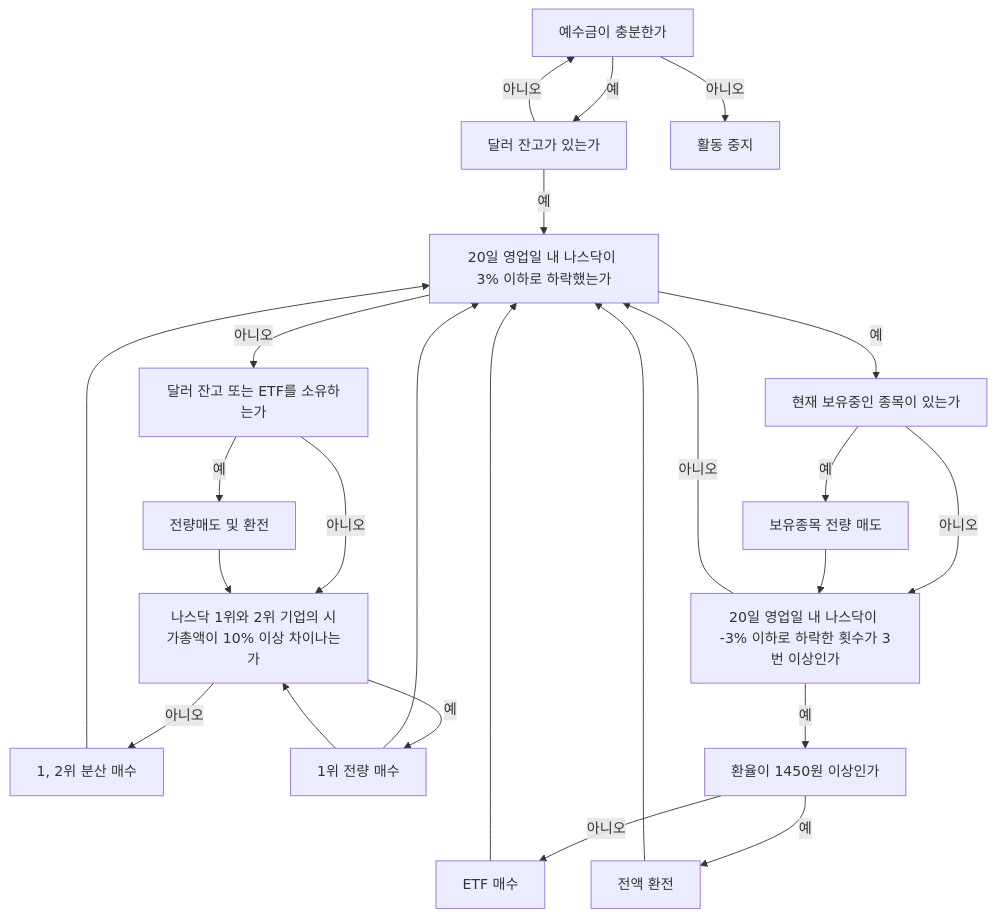
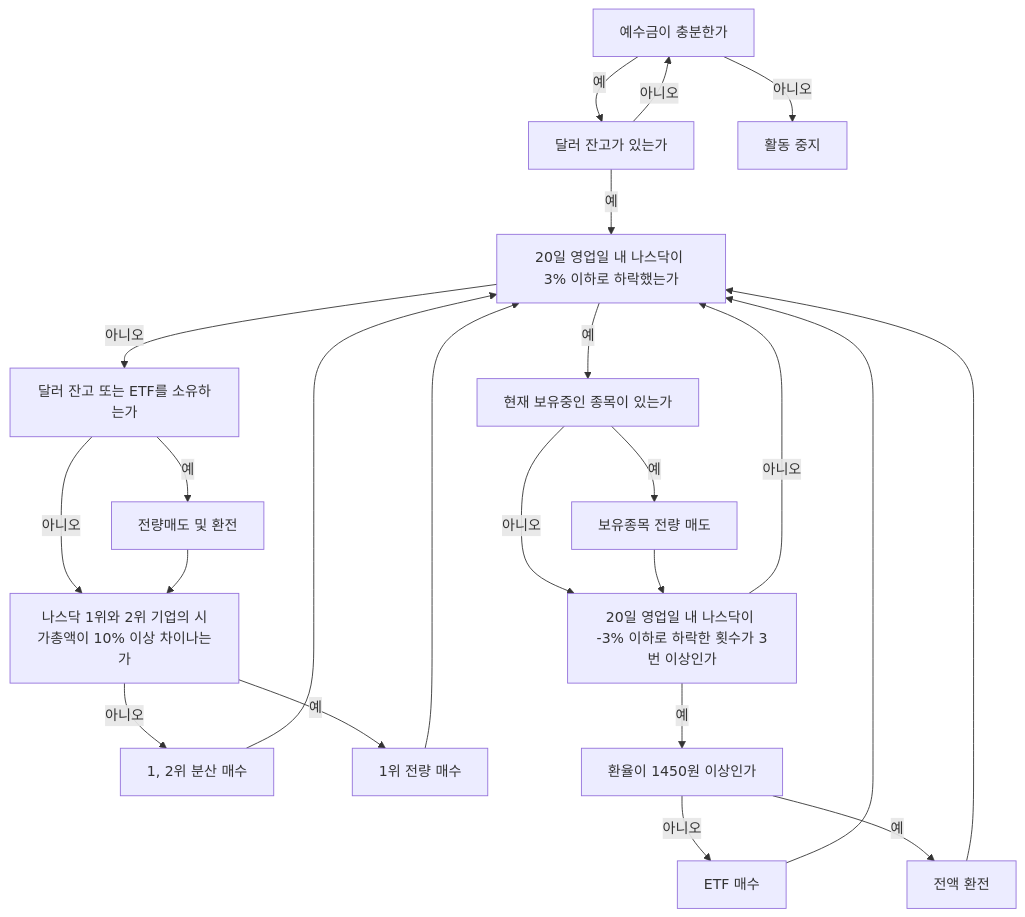
One commit to hyngng/hynrng.github.io changed the diagram in _posts/프로그래밍/마일스톤/2022-12-28-astp.md. Above: the diagram before and after it, drawn with Mermaid. The commit also changed other lines of this file and 6 other files, not shown here.

````diff
--- a/_posts/프로그래밍/마일스톤/2022-12-28-astp.md
+++ b/_posts/프로그래밍/마일스톤/2022-12-28-astp.md
@@ -35,42 +35,41 @@
 ```mermaid
 graph TD
     A[예수금이 충분한가]
     B[달러 잔고가 있는가]
     C[20일 영업일 내 나스닥이 3% 이하로 하락했는가]
     D[달러 잔고 또는 ETF를 소유하는가]
     E[나스닥 1위와 2위 기업의 시가총액이 10% 이상 차이나는가]
     F[1, 2위 분산 매수]
     G[1위 전량 매수]
     H[전량매도 및 환전]
     I[현재 보유중인 종목이 있는가]
     J[20일 영업일 내 나스닥이 -3% 이하로 하락한 횟수가 3번 이상인가]
     K[보유종목 전량 매도]
     L[환율이 1450원 이상인가]
     M[전액 환전]
     N[ETF 매수]
     O[활동 중지]
 
-    A -->|아니오| O
-    A -->|예| B
-    B -->|아니오| A
-    B -->|예| C
-    C -->|아니오| D
-    D -->|아니오| E
-    E -->|아니오| F
-    E -->|예| G
+    A -- 아니오 --> O
+    A -- 예 --> B
+    B -- 아니오 --> A
+    B -- 예 --> C
+    C -- 아니오 --> D
+    D -- 아니오 --> E
+    E -- 아니오 --> F
+    E -- 예 --> G
     F --> C
     G --> C
-    D -->|예| H
-    G --> E
+    D -- 예 --> H
     H --> E
-    C -->|예| I
-    I -->|아니오| J
-    I -->|예| K
+    C -- 예 --> I
+    I -- 아니오 --> J
+    I -- 예 --> K
     K --> J
-    J -->|아니오| C
-    J -->|예| L
-    L -->|아니오| N
-    L -->|예| M
+    J -- 아니오 --> C
+    J -- 예 --> L
+    L -- 아니오 --> N
+    L -- 예 --> M
     N --> C
     M --> C
 ```
````
